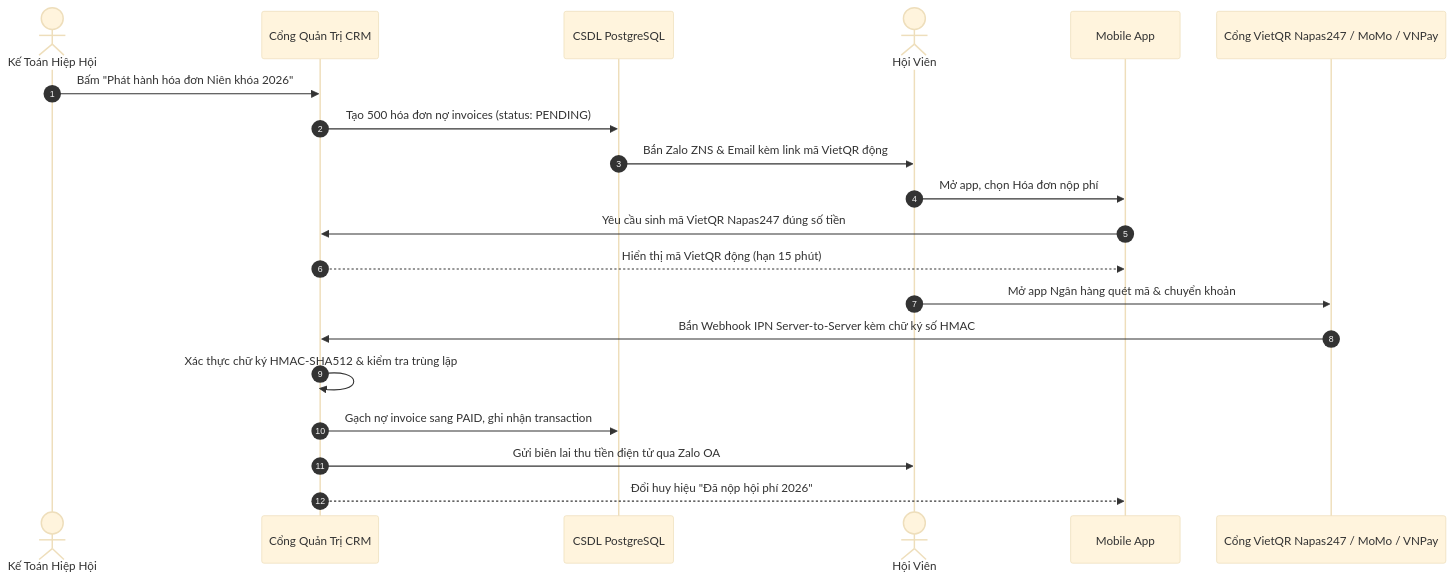
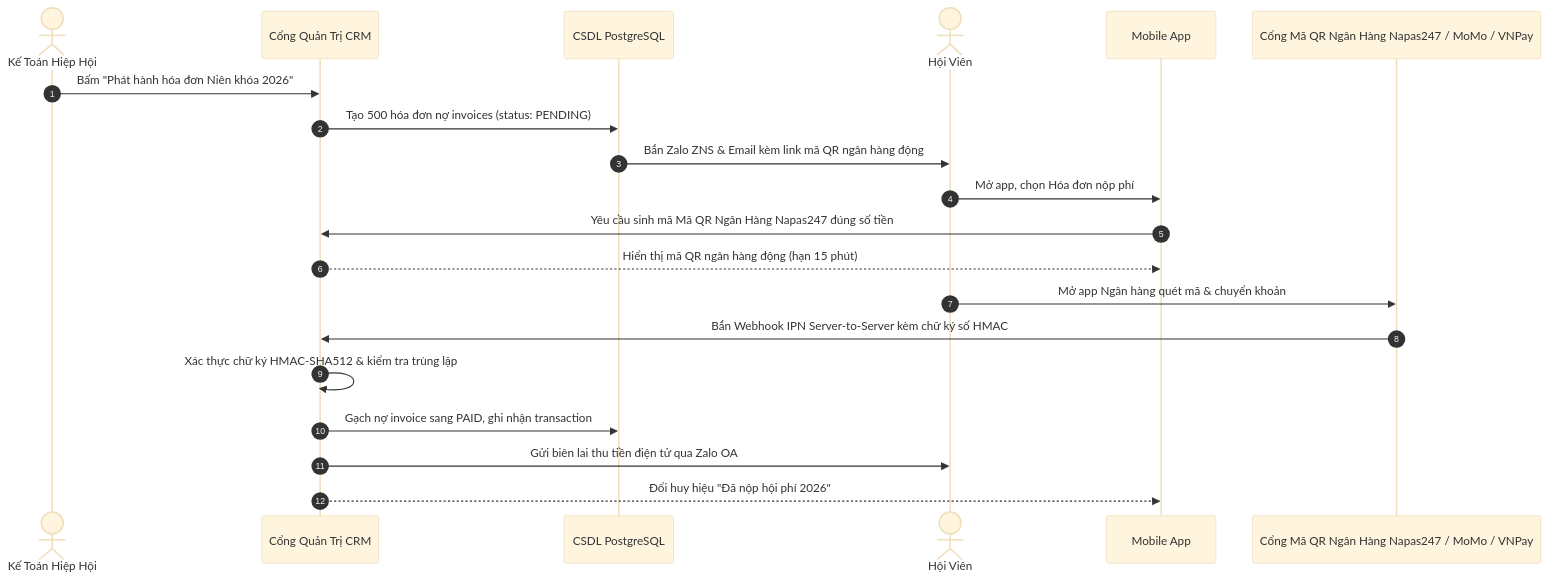
The fifth of 13 diagrams in document/notebooklm/07_TAI_LIEU_YEU_CAU_NGHIEP_VU_BRD_CHINH_THUC.md (viconnect-product-team/ceo1983_project), drawn with Mermaid (base theme) before and after one commit. The commit also changed other lines of this file and 61 other files, not shown here.

````diff
--- a/document/notebooklm/07_TAI_LIEU_YEU_CAU_NGHIEP_VU_BRD_CHINH_THUC.md
+++ b/document/notebooklm/07_TAI_LIEU_YEU_CAU_NGHIEP_VU_BRD_CHINH_THUC.md
@@ -884,23 +884,23 @@
 ```mermaid
 sequenceDiagram
     autonumber
     actor Acc as Kế Toán Hiệp Hội
     participant CRM as Cổng Quản Trị CRM
     participant DB as CSDL PostgreSQL
     actor Mem as Hội Viên
     participant App as Mobile App
-    participant Napas as Cổng VietQR Napas247 / MoMo / VNPay
+    participant Napas as Cổng Mã QR Ngân Hàng Napas247 / MoMo / VNPay
 
     Acc->>CRM: Bấm "Phát hành hóa đơn Niên khóa 2026"
     CRM->>DB: Tạo 500 hóa đơn nợ invoices (status: PENDING)
-    DB->>Mem: Bắn Zalo ZNS & Email kèm link mã VietQR động
+    DB->>Mem: Bắn Zalo ZNS & Email kèm link mã QR ngân hàng động
     Mem->>App: Mở app, chọn Hóa đơn nộp phí
-    App->>CRM: Yêu cầu sinh mã VietQR Napas247 đúng số tiền
-    CRM-->>App: Hiển thị mã VietQR động (hạn 15 phút)
+    App->>CRM: Yêu cầu sinh mã Mã QR Ngân Hàng Napas247 đúng số tiền
+    CRM-->>App: Hiển thị mã QR ngân hàng động (hạn 15 phút)
     Mem->>Napas: Mở app Ngân hàng quét mã & chuyển khoản
     Napas->>CRM: Bắn Webhook IPN Server-to-Server kèm chữ ký số HMAC
     CRM->>CRM: Xác thực chữ ký HMAC-SHA512 & kiểm tra trùng lặp
     CRM->>DB: Gạch nợ invoice sang PAID, ghi nhận transaction
     CRM->>Mem: Gửi biên lai thu tiền điện tử qua Zalo OA
     CRM-->>App: Đổi huy hiệu "Đã nộp hội phí 2026"
 ```
````
